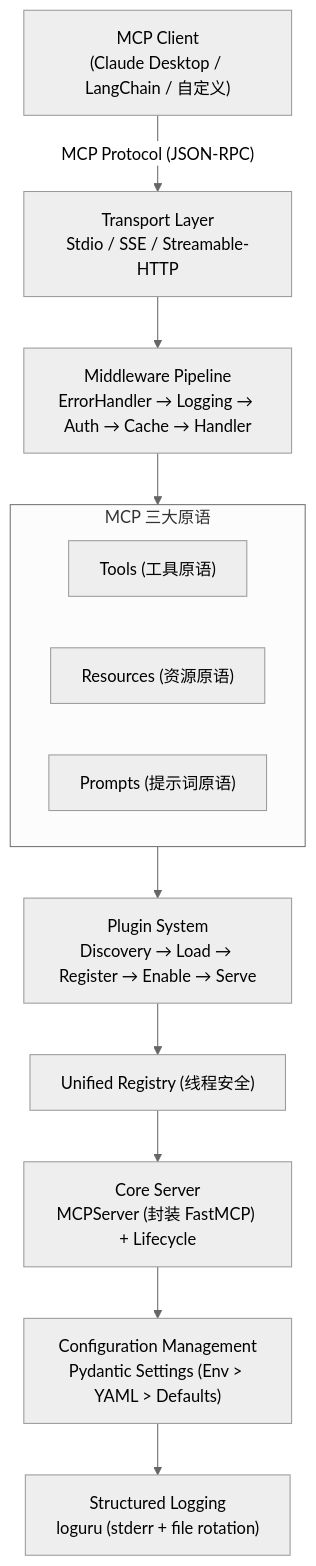
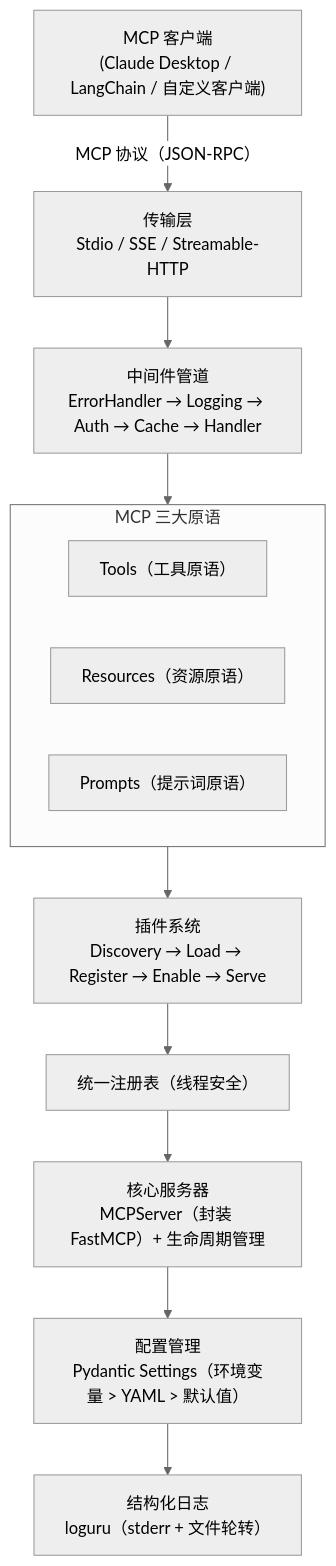
Before and after one commit to chain-engine/x-QiuChi: the first of 4 diagrams in README.md, drawn with Mermaid (neutral theme). The commit also changed other lines of this file and 1 other file, not shown here.

````diff
--- a/README.md
+++ b/README.md
@@ -109,26 +373,26 @@
 ```mermaid
 flowchart TD
-    A["MCP Client<br/>(Claude Desktop / LangChain / 自定义)"]
-    B["Transport Layer<br/>Stdio / SSE / Streamable-HTTP"]
-    C["Middleware Pipeline<br/>ErrorHandler → Logging → Auth → Cache → Handler"]
+    A["MCP 客户端<br/>(Claude Desktop / LangChain / 自定义客户端)"]
+    B["传输层<br/>Stdio / SSE / Streamable-HTTP"]
+    C["中间件管道<br/>ErrorHandler → Logging → Auth → Cache → Handler"]
     subgraph D["MCP 三大原语"]
         direction LR
-        D1["Tools (工具原语)"]
-        D2["Resources (资源原语)"]
-        D3["Prompts (提示词原语)"]
+        D1["Tools（工具原语）"]
+        D2["Resources（资源原语）"]
+        D3["Prompts（提示词原语）"]
     end
-    E["Plugin System<br/>Discovery → Load → Register → Enable → Serve"]
-    F["Unified Registry (线程安全)"]
-    G["Core Server<br/>MCPServer (封装 FastMCP) + Lifecycle"]
-    H["Configuration Management<br/>Pydantic Settings (Env > YAML > Defaults)"]
-    I["Structured Logging<br/>loguru (stderr + file rotation)"]
+    E["插件系统<br/>Discovery → Load → Register → Enable → Serve"]
+    F["统一注册表（线程安全）"]
+    G["核心服务器<br/>MCPServer（封装 FastMCP）+ 生命周期管理"]
+    H["配置管理<br/>Pydantic Settings（环境变量 > YAML > 默认值）"]
+    I["结构化日志<br/>loguru（stderr + 文件轮转）"]
 
-    A -->|"MCP Protocol (JSON-RPC)"| B
+    A -->|"MCP 协议（JSON-RPC）"| B
     B --> C
     C --> D
     D --> E
     E --> F
     F --> G
     G --> H
     H --> I
 ```
````
